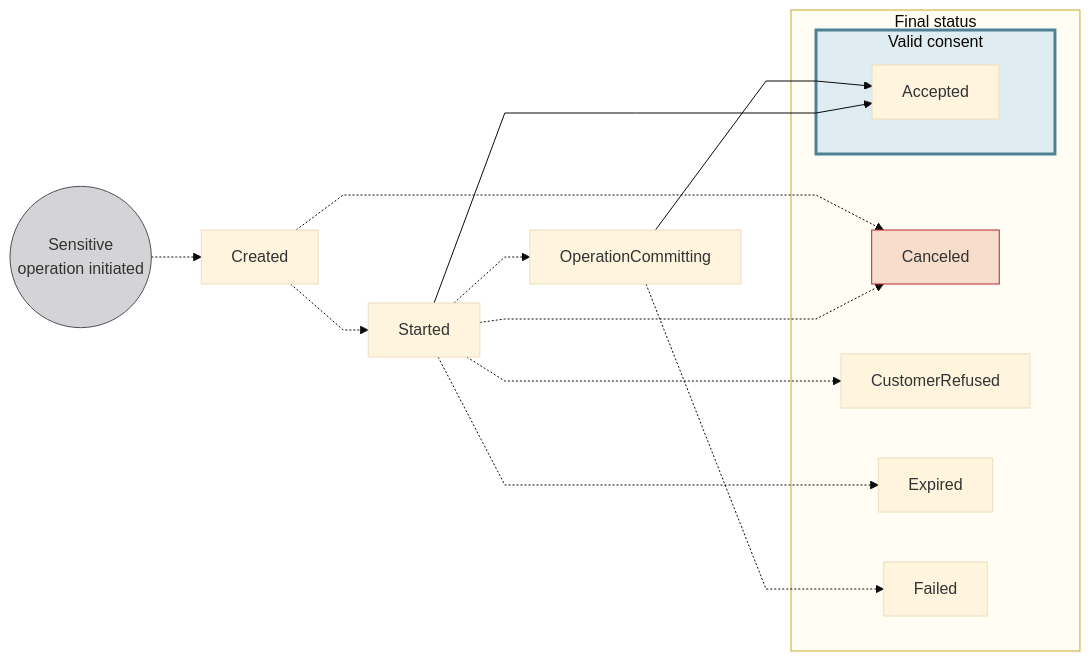
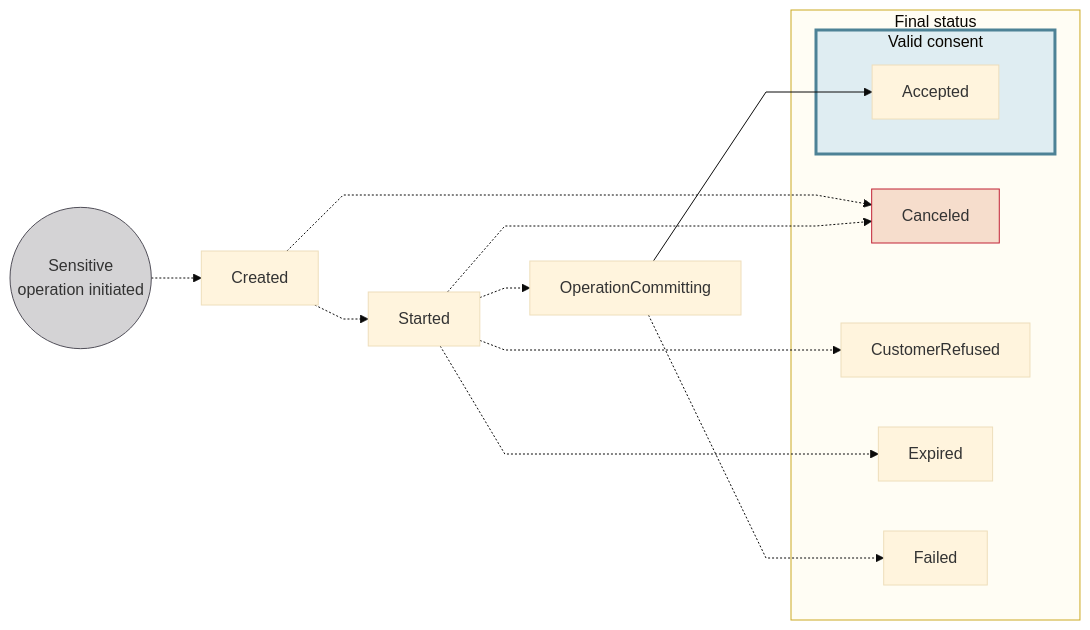
The diagram in docs/users/concepts/consent/statuses.mdx (swan-io/docs), drawn with Mermaid (base theme) before and after one commit. The commit also changed other lines of this file, not shown here.

````diff
--- a/docs/users/concepts/consent/statuses.mdx
+++ b/docs/users/concepts/consent/statuses.mdx
@@ -17,28 +17,27 @@
 ```mermaid
 %%{ init: { 'flowchart': { 'curve': 'linear' } } }%%
 flowchart LR
     SOI((Sensitive<br/>operation initiated)) -.-> C[Created]
     C -.-> S[Started]
     C -.-> CD[Canceled]
     S -.-> CD
     S -.-> OC[OperationCommitting]
     OC --> A[Accepted]
-    S --> A
     S -.-> CR[CustomerRefused]
     S -.-> E[Expired]
     OC -.-> FA[Failed]
     subgraph V[Valid consent]
         A
     end
     subgraph F[Final status]
         CD
         CR
         E
         FA
         V
     end
     style SOI fill:#D4D3D5,stroke:#514F59
     style F fill:#fffdf4,stroke:#cca922
     style V fill:#dfedf2,stroke:#4d8296,stroke-width:3px
     style CD fill:#f6ddcc,stroke:#c12236
 ```
````
